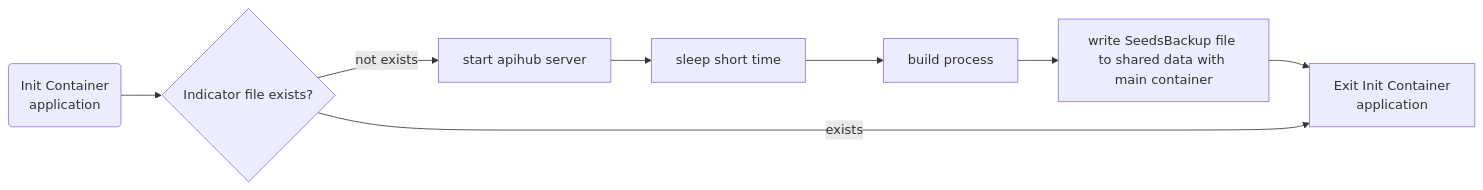
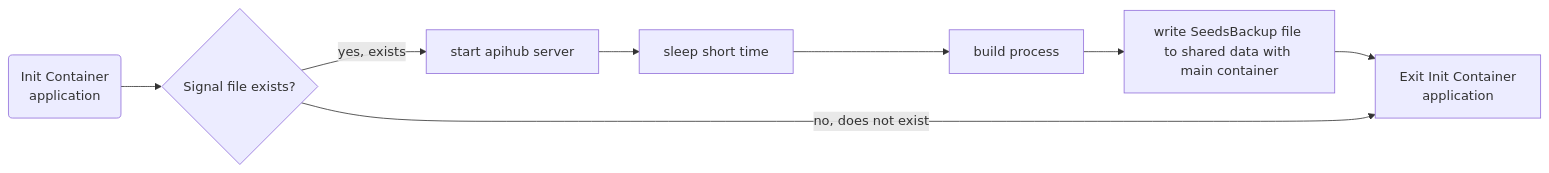
One commit to PharmaLedger-IMI/helmchart-ethadapter changed the fifth of 6 diagrams in charts/epi/README.md. Above: the diagram before and after it, drawn with Mermaid. The commit also changed other lines of this file and 4 other files, not shown here.

````diff
--- a/charts/epi/README.md
+++ b/charts/epi/README.md
@@ -107,10 +107,10 @@
 ```mermaid
 flowchart LR
-D(Init Container<br/>application) --> E{Indicator file exists?}
-E -->|not exists| F[start apihub server]
+D(Init Container<br/>application) --> E{Signal file exists?}
+E -->|yes, exists| F[start apihub server]
 F --> G[sleep short time]
 G --> H[build process]
 H --> I[write SeedsBackup file to shared data with main container]
 I --> J
-E -->|exists| J[Exit Init Container<br/>application]
+E -->|no, does not exist| J[Exit Init Container<br/>application]
 ```
````
